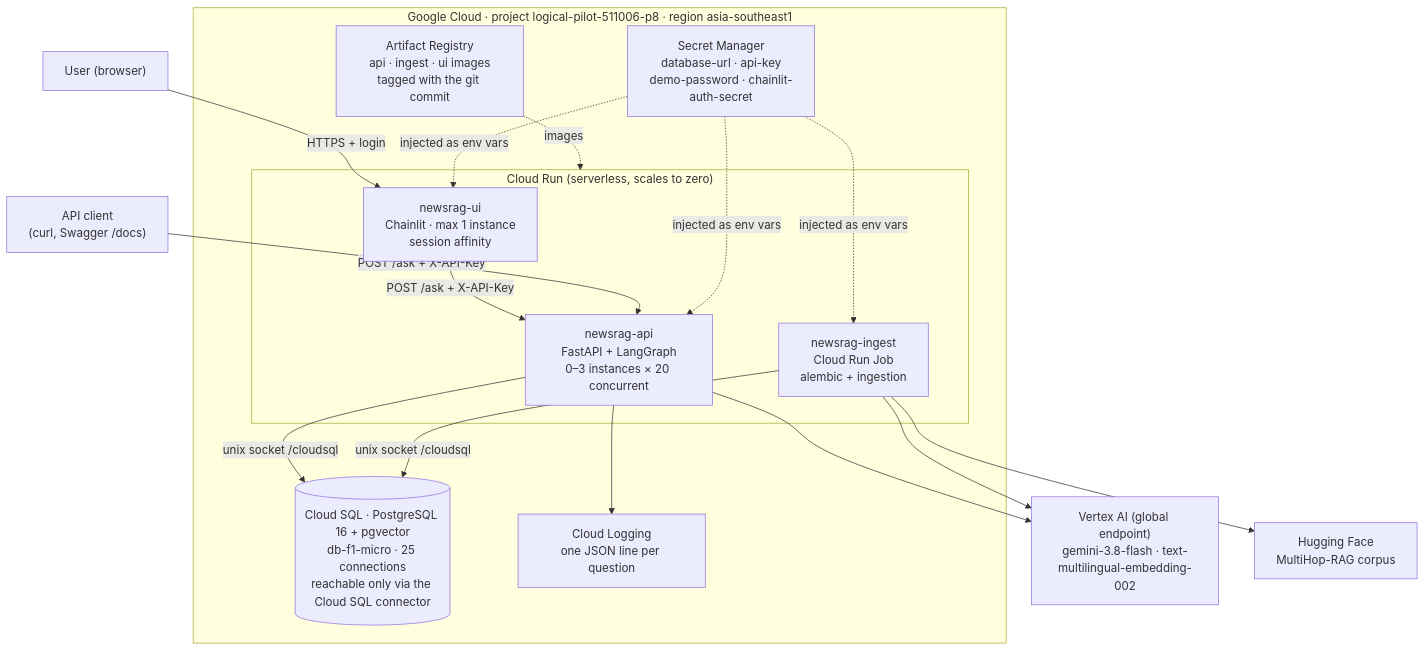
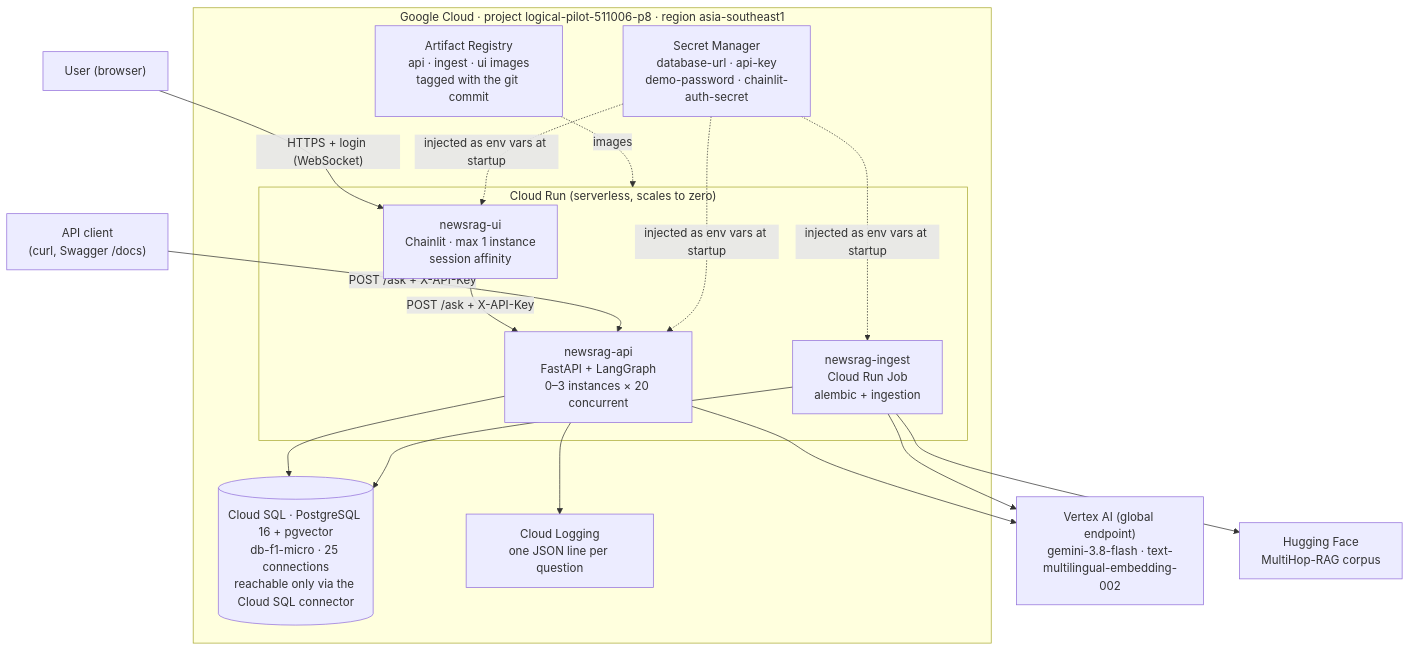
Before and after one commit to srn-source/newsrag: the first of 3 diagrams in ARCHITECTURE.md, drawn with Mermaid. The commit also changed other lines of this file and 12 other files, not shown here.

Commit message:
docs: tighten readme, architecture and evaluation; add ui to docker compose

````diff
--- a/ARCHITECTURE.md
+++ b/ARCHITECTURE.md
@@ -15,35 +13,35 @@
 ```mermaid
 flowchart TB
     user["User (browser)"]
     client["API client<br/>(curl, Swagger /docs)"]
 
     subgraph gcp["Google Cloud · project logical-pilot-511006-p8 · region asia-southeast1"]
         subgraph run["Cloud Run (serverless, scales to zero)"]
             ui["newsrag-ui<br/>Chainlit · max 1 instance<br/>session affinity"]
             api["newsrag-api<br/>FastAPI + LangGraph<br/>0–3 instances × 20 concurrent"]
             job["newsrag-ingest<br/>Cloud Run Job<br/>alembic + ingestion"]
         end
 
         sql[("Cloud SQL · PostgreSQL 16 + pgvector<br/>db-f1-micro · 25 connections<br/>reachable only via the Cloud SQL connector")]
         sm["Secret Manager<br/>database-url · api-key<br/>demo-password · chainlit-auth-secret"]
         ar["Artifact Registry<br/>api · ingest · ui images<br/>tagged with the git commit"]
         logs["Cloud Logging<br/>one JSON line per question"]
     end
 
     vx["Vertex AI (global endpoint)<br/>gemini-3.8-flash · text-multilingual-embedding-002"]
     hf["Hugging Face<br/>MultiHop-RAG corpus"]
 
-    user -->|HTTPS + login| ui
+    user -->|"HTTPS + login (WebSocket)"| ui
     ui -->|"POST /ask + X-API-Key"| api
     client -->|"POST /ask + X-API-Key"| api
-    api -->|unix socket /cloudsql| sql
-    job -->|unix socket /cloudsql| sql
+    api --> sql
+    job --> sql
     api --> vx
     job --> vx
     job --> hf
-    sm -.->|injected as env vars| api
-    sm -.->|injected as env vars| ui
-    sm -.->|injected as env vars| job
+    sm -.->|injected as env vars at startup| api
+    sm -.->|injected as env vars at startup| ui
+    sm -.->|injected as env vars at startup| job
     ar -.->|images| run
     api --> logs
 ```
````
